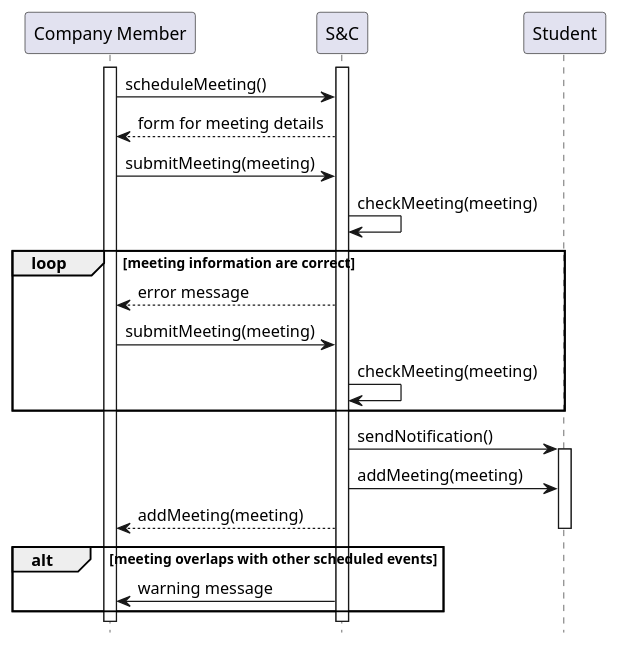
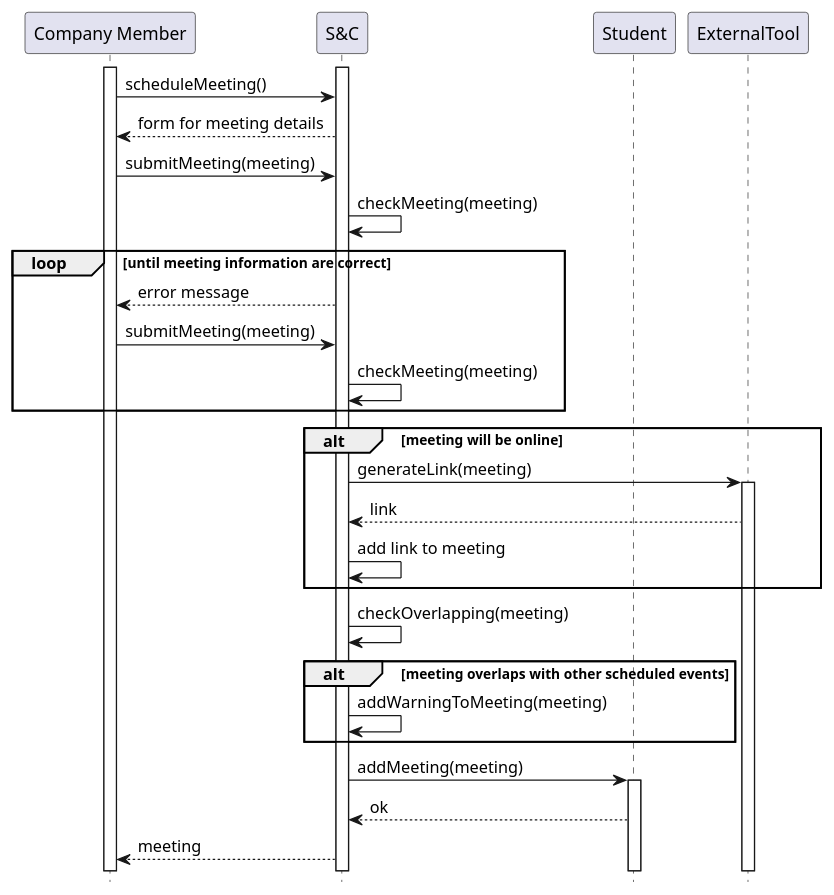
Before and after one commit to matti8702/R_and_DD_project_SE2: the diagram in RASD/Specific_requirements/uml_diagrams/UC18_diagram.puml, drawn with PlantUML. The commit also changed 12 other files, not shown here.

```diff
--- a/RASD/Specific_requirements/uml_diagrams/UC18_diagram.puml
+++ b/RASD/Specific_requirements/uml_diagrams/UC18_diagram.puml
@@ -1,28 +1,35 @@
 @startuml UC18_diagram
 hide footbox
 
 participant "Company Member" as CM
 participant "S&C" AS S
 participant "Student" as ST
+participant "ExternalTool" as ET 
 
 activate CM
 activate S
 
 CM -> S: scheduleMeeting()
 S --> CM: form for meeting details
 CM -> S : submitMeeting(meeting)
 S -> S : checkMeeting(meeting)
-loop meeting information are correct
+loop until meeting information are correct
     S --> CM: error message
     CM -> S : submitMeeting(meeting)
     S -> S : checkMeeting(meeting)
 end
-S -> ST : sendNotification()
+alt meeting will be online
+S -> ET : generateLink(meeting)
+activate ET
+ET --> S : link
+S -> S : add link to meeting
+end 
+S -> S : checkOverlapping(meeting)
+alt meeting overlaps with other scheduled events 
+S -> S : addWarningToMeeting(meeting)
+end
+S -> ST : addMeeting(meeting)
 activate ST
-S -> ST : addMeeting(meeting)
-S --> CM : addMeeting(meeting)
-deactivate ST
-alt meeting overlaps with other scheduled events 
-    S -> CM: warning message
-end
+ST --> S : ok
+S --> CM : meeting
 @enduml
```
